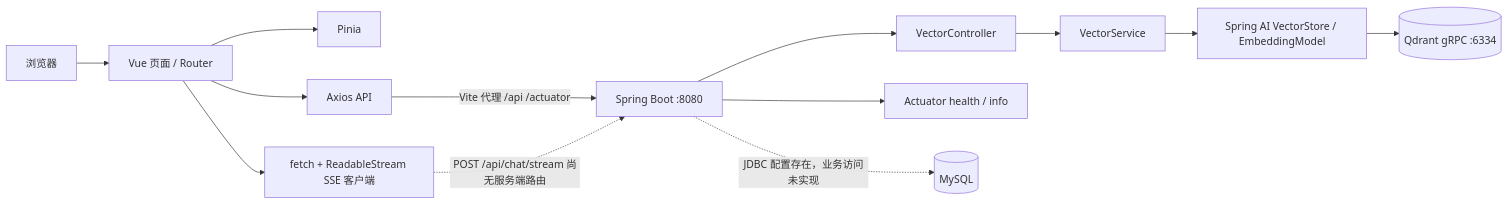
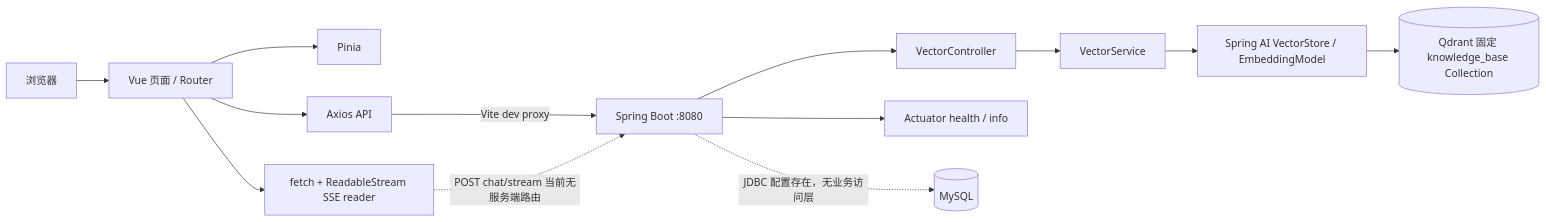
Before and after one commit to yangyuanwang/Agents: the first of 2 diagrams in Workspace/architecture/README.md, drawn with Mermaid. The commit also changed other lines of this file and 106 other files, not shown here.

````diff
--- a/Workspace/architecture/README.md
+++ b/Workspace/architecture/README.md
@@ -20,15 +19,15 @@
 ```mermaid
 flowchart LR
  U[浏览器] --> V[Vue 页面 / Router]
  V --> P[Pinia]
  V --> A[Axios API]
- V --> S[fetch + ReadableStream SSE 客户端]
- A -->|Vite 代理 /api /actuator| B[Spring Boot :8080]
- S -. POST /api/chat/stream 尚无服务端路由 .-> B
+ V --> S[fetch + ReadableStream SSE reader]
+ A -->|Vite dev proxy| B[Spring Boot :8080]
+ S -. POST chat/stream 当前无服务端路由 .-> B
  B --> C[VectorController]
  C --> D[VectorService]
  D --> E[Spring AI VectorStore / EmbeddingModel]
- E --> Q[(Qdrant gRPC :6334)]
+ E --> Q[(Qdrant 固定 knowledge_base Collection)]
  B --> H[Actuator health / info]
- B -. JDBC 配置存在，业务访问未实现 .-> M[(MySQL)]
+ B -. JDBC 配置存在，无业务访问层 .-> M[(MySQL)]
 ```
````
